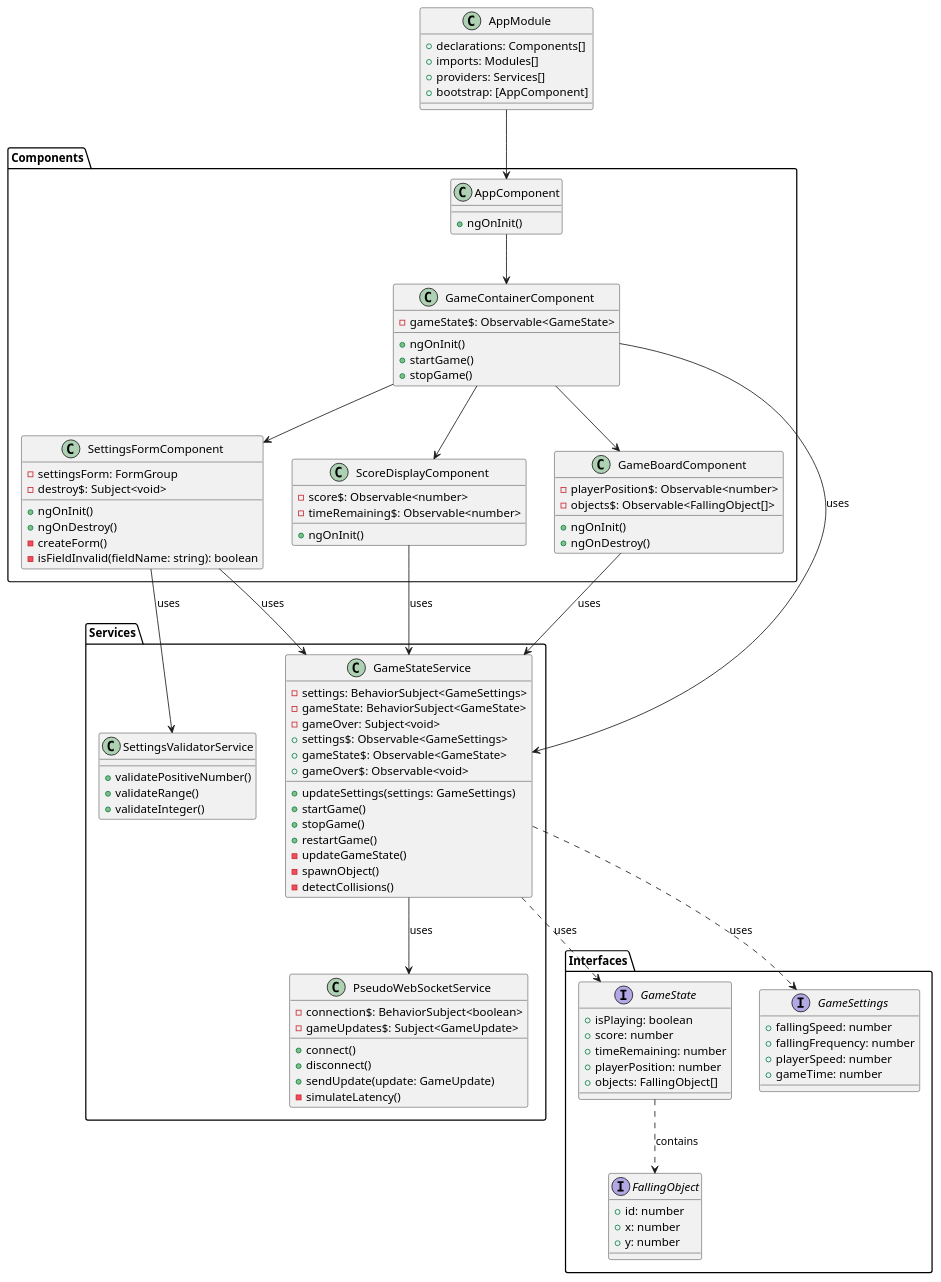
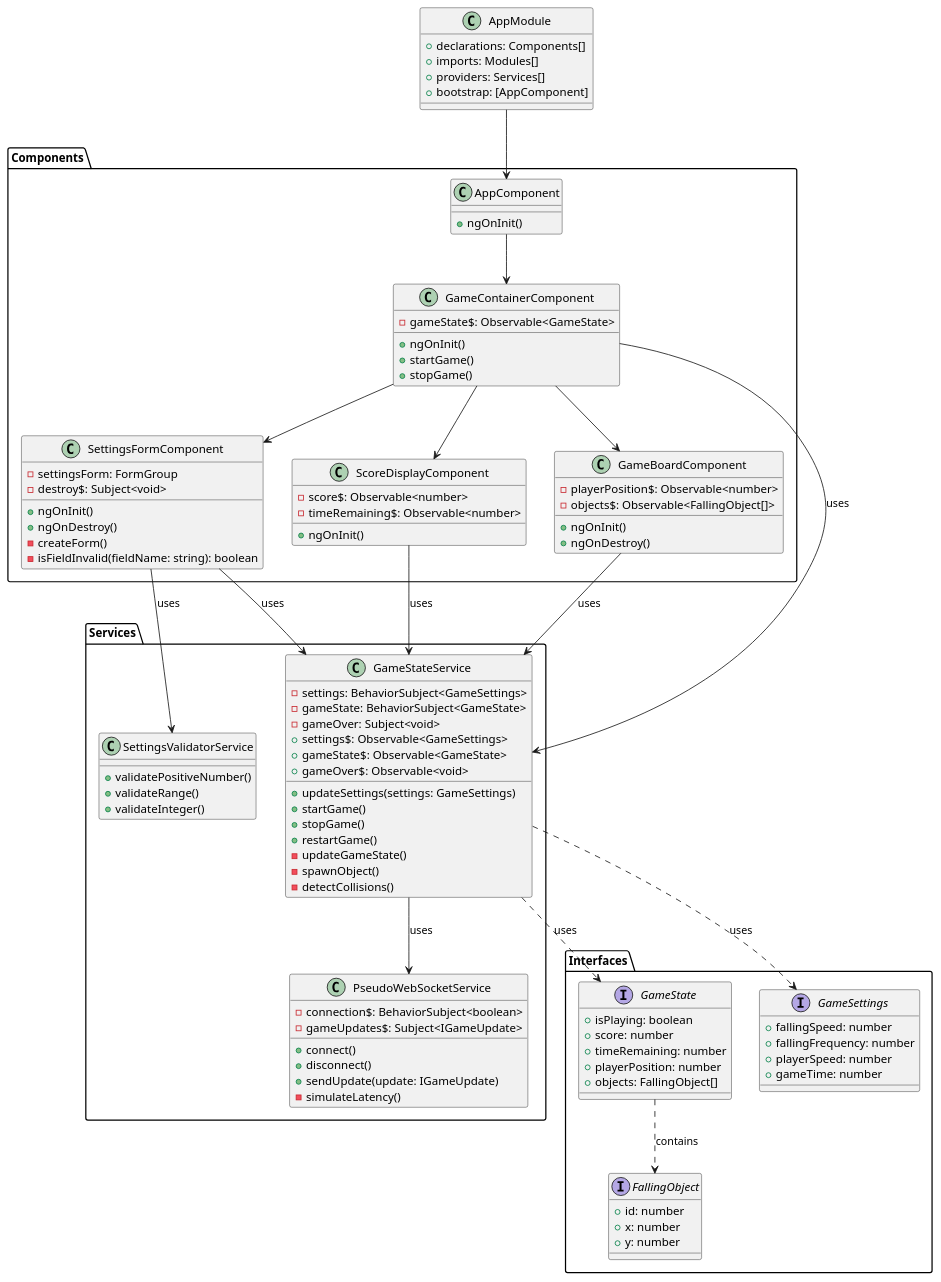
Before and after one commit to lehcode/simple-slots: the diagram in doc/diagram.puml, drawn with PlantUML. The commit also changed 1 other file, not shown here.

```diff
--- a/doc/diagram.puml
+++ b/doc/diagram.puml
@@ -1,120 +1,120 @@
 @startuml SlotGame
 
 package "Components" {
     class AppComponent {
         +ngOnInit()
     }
 
     class GameContainerComponent {
         -gameState$: Observable<GameState>
         +ngOnInit()
         +startGame()
         +stopGame()
     }
 
     class SettingsFormComponent {
         -settingsForm: FormGroup
         -destroy$: Subject<void>
         +ngOnInit()
         +ngOnDestroy()
         -createForm()
         -isFieldInvalid(fieldName: string): boolean
     }
 
     class GameBoardComponent {
         -playerPosition$: Observable<number>
         -objects$: Observable<FallingObject[]>
         +ngOnInit()
         +ngOnDestroy()
     }
 
     class ScoreDisplayComponent {
         -score$: Observable<number>
         -timeRemaining$: Observable<number>
         +ngOnInit()
     }
 }
 
 package "Services" {
     class GameStateService {
         -settings: BehaviorSubject<GameSettings>
         -gameState: BehaviorSubject<GameState>
         -gameOver: Subject<void>
         +settings$: Observable<GameSettings>
         +gameState$: Observable<GameState>
         +gameOver$: Observable<void>
         +updateSettings(settings: GameSettings)
         +startGame()
         +stopGame()
         +restartGame()
         -updateGameState()
         -spawnObject()
         -detectCollisions()
     }
 
     class PseudoWebSocketService {
         -connection$: BehaviorSubject<boolean>
-        -gameUpdates$: Subject<GameUpdate>
+        -gameUpdates$: Subject<IGameUpdate>
         +connect()
         +disconnect()
-        +sendUpdate(update: GameUpdate)
+        +sendUpdate(update: IGameUpdate)
         -simulateLatency()
     }
 
     class SettingsValidatorService {
         +validatePositiveNumber()
         +validateRange()
         +validateInteger()
     }
 }
 
 package "Interfaces" {
     interface GameSettings {
         +fallingSpeed: number
         +fallingFrequency: number
         +playerSpeed: number
         +gameTime: number
     }
 
     interface GameState {
         +isPlaying: boolean
         +score: number
         +timeRemaining: number
         +playerPosition: number
         +objects: FallingObject[]
     }
 
     interface FallingObject {
         +id: number
         +x: number
         +y: number
     }
 }
 
 ' Module
 class AppModule {
     +declarations: Components[]
     +imports: Modules[]
     +providers: Services[]
     +bootstrap: [AppComponent]
 }
 
 ' Relationships
 AppModule --> AppComponent
 AppComponent --> GameContainerComponent
 GameContainerComponent --> SettingsFormComponent
 GameContainerComponent --> GameBoardComponent
 GameContainerComponent --> ScoreDisplayComponent
 
 GameStateService ..> GameState: uses
 GameStateService ..> GameSettings: uses
 GameState ..> FallingObject: contains
 
 SettingsFormComponent --> GameStateService: uses
 SettingsFormComponent --> SettingsValidatorService: uses
 GameBoardComponent --> GameStateService: uses
 ScoreDisplayComponent --> GameStateService: uses
 GameContainerComponent --> GameStateService: uses
 GameStateService --> PseudoWebSocketService: uses
 
 @enduml
```
